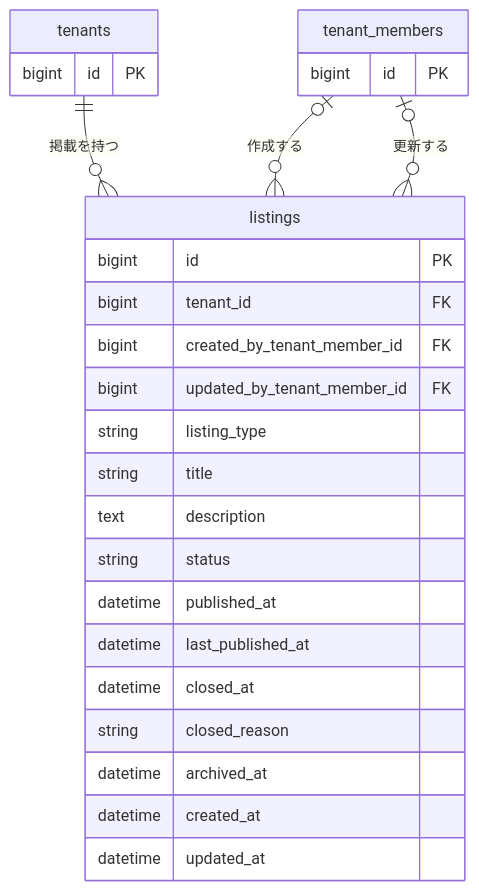
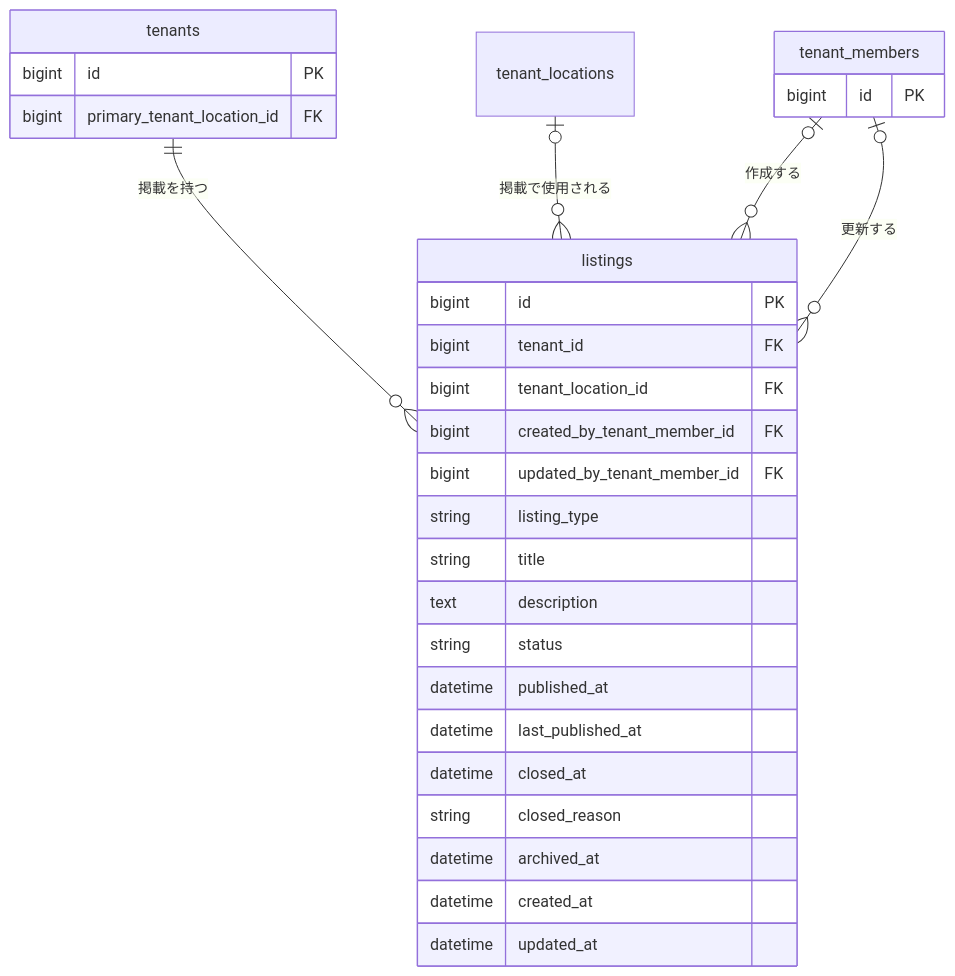
The second of 5 diagrams in docs/er/01-listing.md (t0kio2/community-hub), drawn with Mermaid before and after one commit. The commit also changed other lines of this file and 30 other files, not shown here.

````diff
--- a/docs/er/01-listing.md
+++ b/docs/er/01-listing.md
@@ -43,32 +45,35 @@
 ```mermaid
 erDiagram
     tenants {
         bigint id PK
+        bigint primary_tenant_location_id FK
     }
 
     tenant_members {
         bigint id PK
     }
 
     listings {
         bigint id PK
         bigint tenant_id FK
+        bigint tenant_location_id FK
         bigint created_by_tenant_member_id FK
         bigint updated_by_tenant_member_id FK
         string listing_type
         string title
         text description
         string status
         datetime published_at
         datetime last_published_at
         datetime closed_at
         string closed_reason
         datetime archived_at
         datetime created_at
         datetime updated_at
     }
 
     tenants ||--o{ listings : "掲載を持つ"
+    tenant_locations o|--o{ listings : "掲載で使用される"
     tenant_members o|--o{ listings : "作成する"
     tenant_members o|--o{ listings : "更新する"
 ```
````
